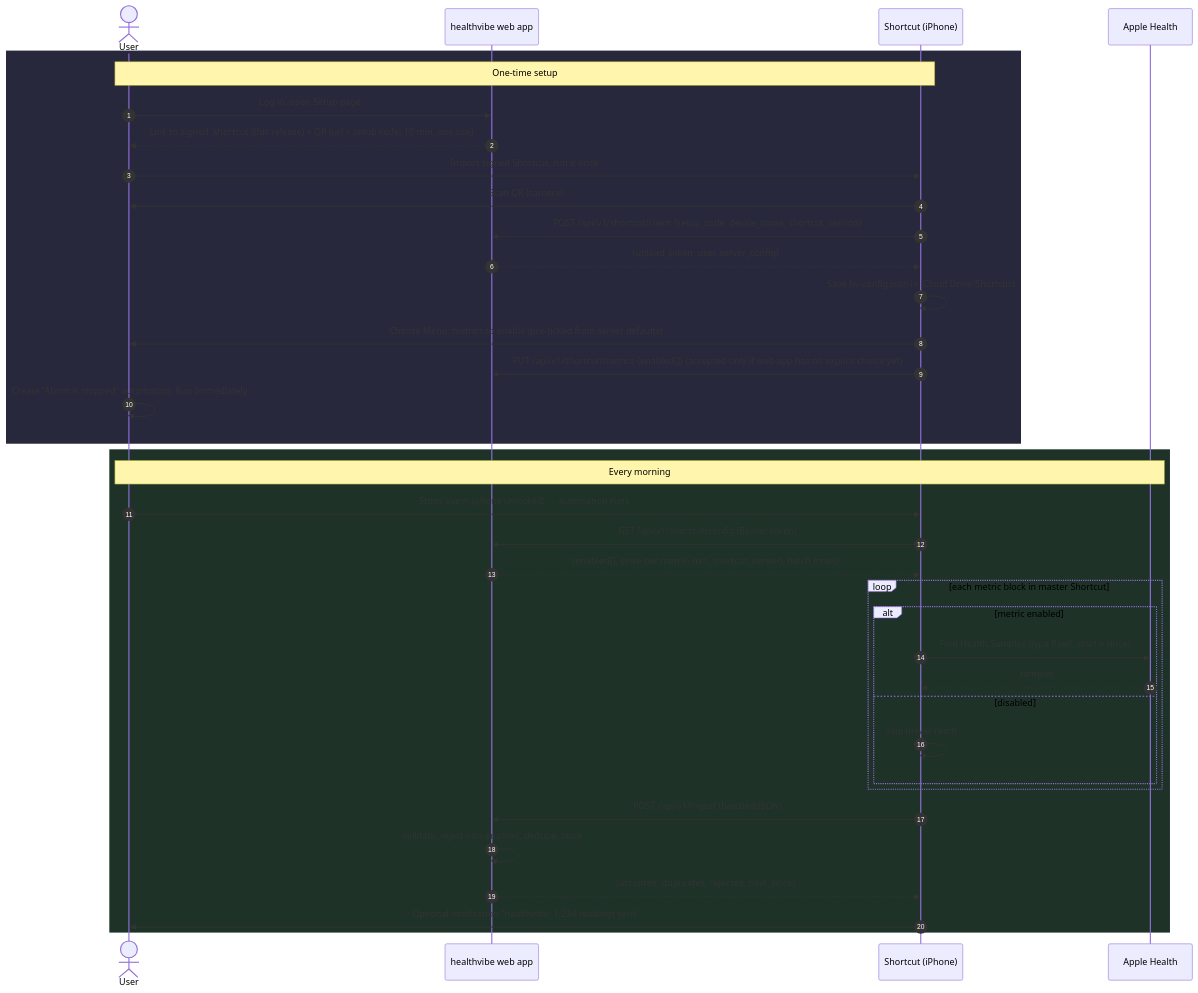
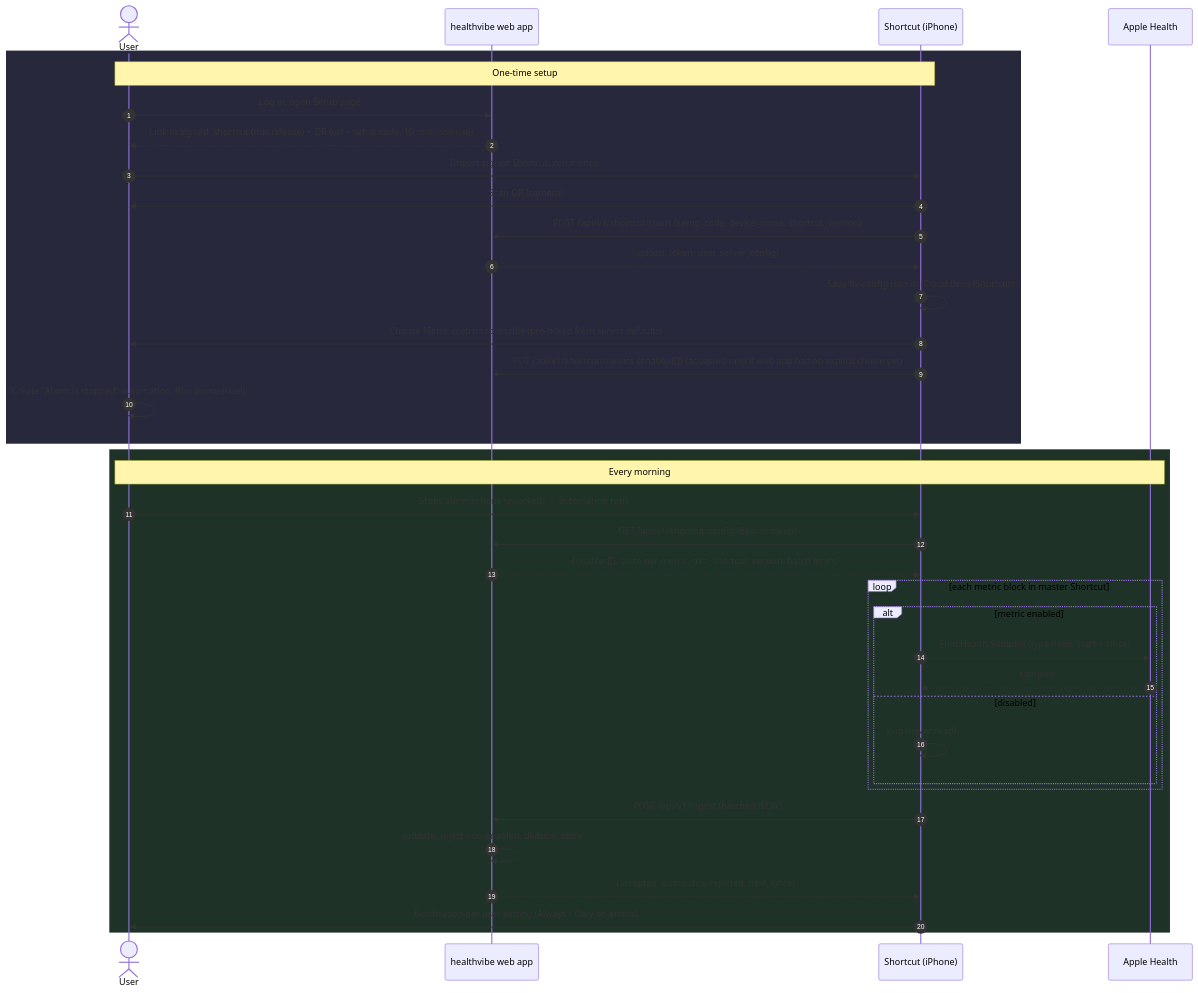
Before and after one commit to mortbrew/healthvibe: the diagram in docs/shortcut-design.md, drawn with Mermaid. The commit also changed other lines of this file and 1 other file, not shown here.

````diff
--- a/docs/shortcut-design.md
+++ b/docs/shortcut-design.md
@@ -21,41 +21,41 @@
 ```mermaid
 sequenceDiagram
     autonumber
     actor U as User
     participant W as healthvibe web app
     participant S as Shortcut (iPhone)
     participant H as Apple Health
 
     rect rgb(40,40,60)
     note over U,S: One-time setup
     U->>W: Log in, open Setup page
     W-->>U: Link to signed .shortcut (this release) + QR (url + setup code, 10 min, one use)
     U->>S: Import signed Shortcut, run it once
     S->>U: Scan QR (camera)
     S->>W: POST /api/v1/shortcut/claim {setup_code, device_name, shortcut_version}
     W-->>S: {upload_token, user, server_config}
     S->>S: Save hv-config.json in iCloud Drive/Shortcuts
     S->>U: Choose Menu: metrics to enable (pre-ticked from server defaults)
     S->>W: PUT /api/v1/shortcut/metrics {enabled[]} (accepted only if web app has no explicit choice yet)
     U->>U: Create "Alarm is stopped" automation, Run Immediately
     end
 
     rect rgb(30,50,40)
     note over U,H: Every morning
     U->>S: Stops alarm (phone unlocked) → automation runs
     S->>W: GET /api/v1/shortcut/config (Bearer token)
     W-->>S: {enabled[], since per metric, min_shortcut_version, batch limits}
     loop each metric block in master Shortcut
         alt metric enabled
             S->>H: Find Health Samples (type fixed, start > since)
             H-->>S: samples
         else disabled
             S->>S: skip (never read)
         end
     end
     S->>W: POST /api/v1/ingest (batched JSON)
     W->>W: validate, reject non-enabled, dedupe, store
     W-->>S: {accepted, duplicates, rejected, next_since}
-    S->>U: Optional notification "healthvibe: 1,234 readings sent"
+    S->>U: Notification per user setting (Always / Only on errors)
     end
 ```
````
